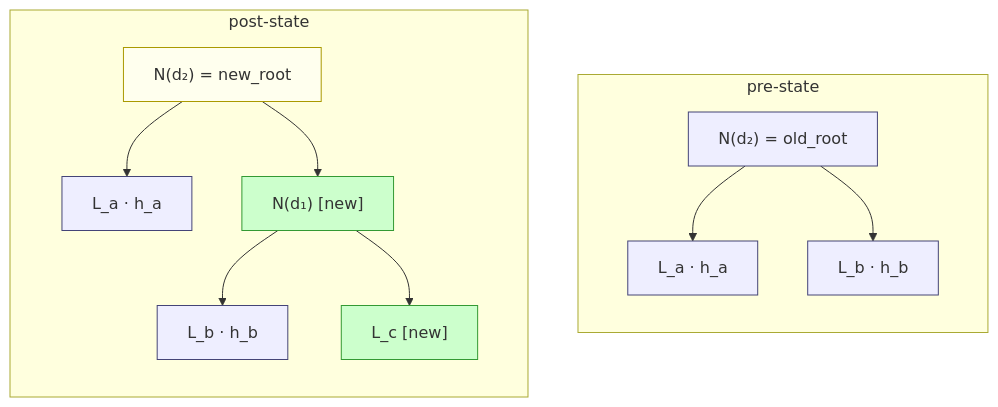
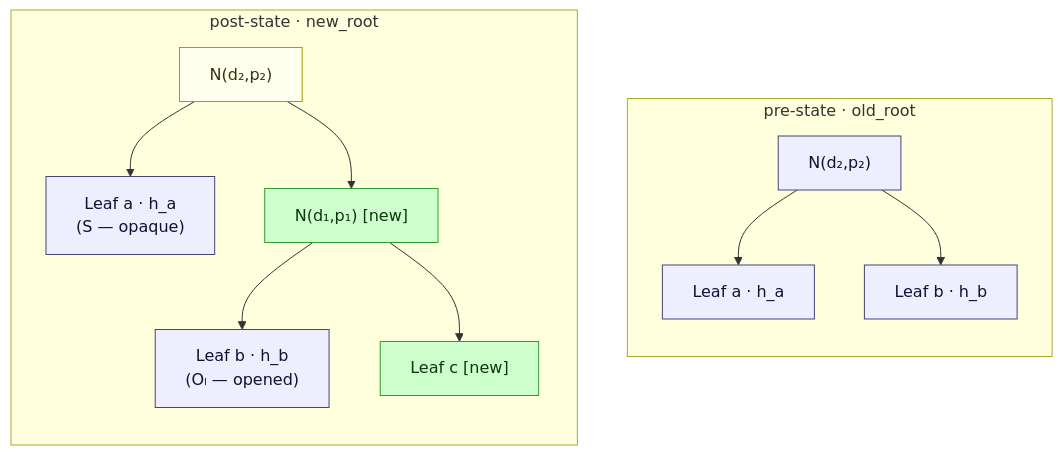
Before and after one commit to ristik/rsmt-air: the sixth of 7 diagrams in README.md, drawn with Mermaid. The commit also changed other lines of this file and 48 other files, not shown here.

````diff
--- a/README.md
+++ b/README.md
@@ -225,28 +478,21 @@
 ```mermaid
 flowchart TB
-    classDef unchg fill:#eef,stroke:#447
-    classDef new fill:#cfc,stroke:#393
-    classDef chg fill:#ffe,stroke:#a90
+    classDef u fill:#eef,stroke:#447,color:#113
+    classDef n fill:#cfc,stroke:#393,color:#131
+    classDef c fill:#ffe,stroke:#a90,color:#331
 
-    subgraph OLD["pre-state"]
-      direction TB
-      O2["N(d₂) = old_root"]:::unchg
-      OA["L_a · h_a"]:::unchg
-      OB["L_b · h_b"]:::unchg
-      O2 --> OA
-      O2 --> OB
+    subgraph OLD["pre-state · old_root"]
+        direction TB
+        O2["N(d₂,p₂)"]:::u
+        O2 --> OA["Leaf a · h_a"]:::u
+        O2 --> OB["Leaf b · h_b"]:::u
     end
-
-    subgraph NEW["post-state"]
-      direction TB
-      N2["N(d₂) = new_root"]:::chg
-      NA["L_a · h_a"]:::unchg
-      N1["N(d₁)  [new]"]:::new
-      NB["L_b · h_b"]:::unchg
-      NC["L_c  [new]"]:::new
-      N2 --> NA
-      N2 --> N1
-      N1 --> NB
-      N1 --> NC
+    subgraph NEW["post-state · new_root"]
+        direction TB
+        M2["N(d₂,p₂)"]:::c
+        M2 --> MA["Leaf a · h_a<br/>(S — opaque)"]:::u
+        M2 --> M1["N(d₁,p₁) [new]"]:::n
+        M1 --> MB["Leaf b · h_b<br/>(Oₗ — opened)"]:::u
+        M1 --> MC["Leaf c [new]"]:::n
     end
 ```
````
